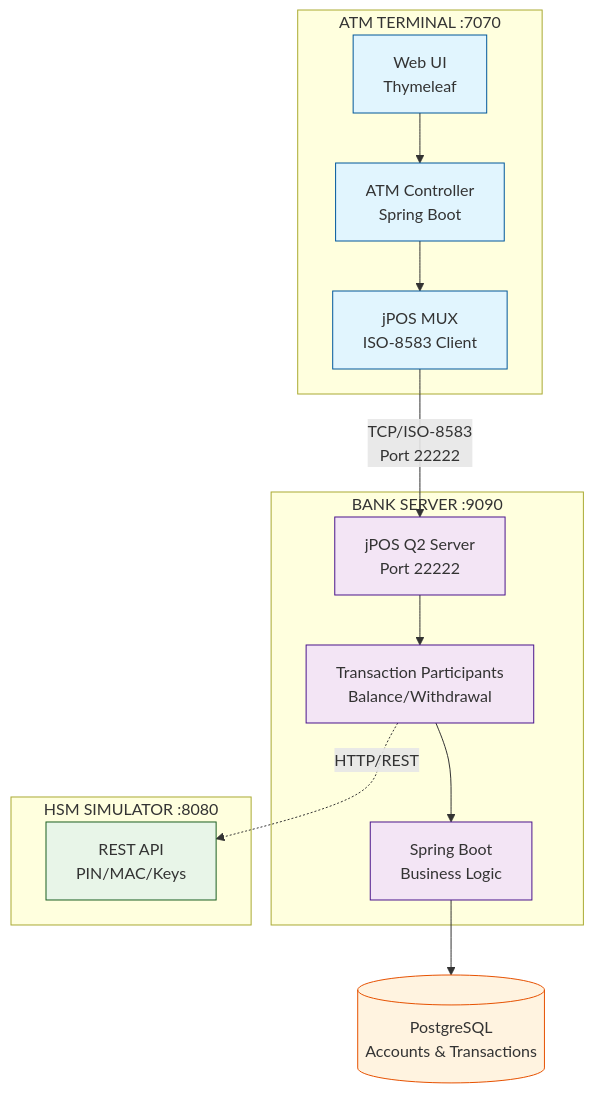
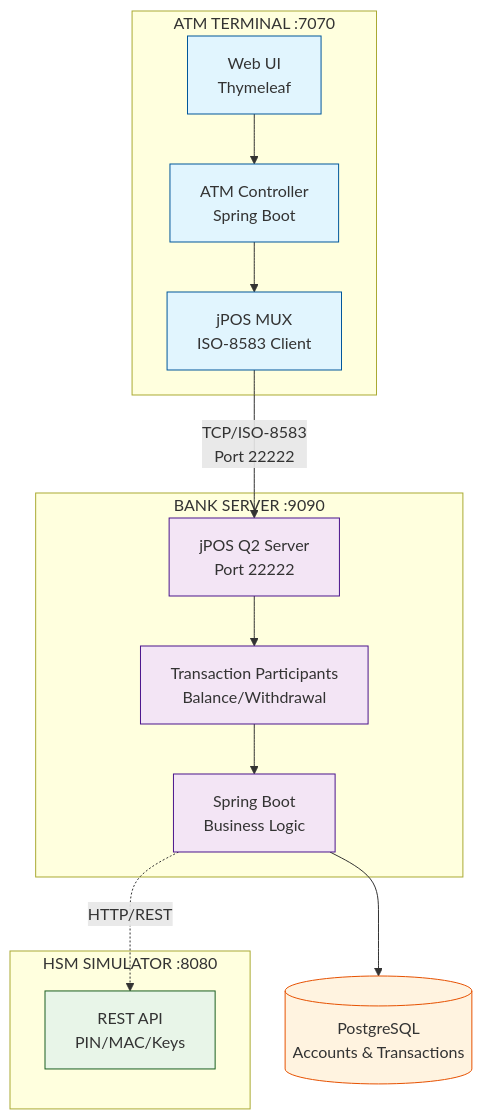
One commit to artivisi/training-spring-jpos-2025 changed the diagram in README.md. Above: the diagram before and after it, drawn with Mermaid.

Commit message:
connection to HSM should be from Spring, not jPOS

````diff
--- a/README.md
+++ b/README.md
@@ -68,38 +68,38 @@
 ```mermaid
 graph TB
     subgraph "ATM TERMINAL :7070"
         UI[Web UI<br/>Thymeleaf]
         AC[ATM Controller<br/>Spring Boot]
         AM[jPOS MUX<br/>ISO-8583 Client]
     end
 
     subgraph "BANK SERVER :9090"
         BS[jPOS Q2 Server<br/>Port 22222]
         BP[Transaction Participants<br/>Balance/Withdrawal]
         BD[Spring Boot<br/>Business Logic]
     end
 
     subgraph "HSM SIMULATOR :8080"
         H[REST API<br/>PIN/MAC/Keys]
     end
 
     DB[(PostgreSQL<br/>Accounts & Transactions)]
 
     UI --> AC
     AC --> AM
     AM -->|TCP/ISO-8583<br/>Port 22222| BS
     BS --> BP
     BP --> BD
     BD --> DB
-    BP -.->|HTTP/REST| H
+    BD -.->|HTTP/REST| H
 
     classDef atm fill:#e1f5fe,stroke:#01579b
     classDef bank fill:#f3e5f5,stroke:#4a148c
     classDef hsm fill:#e8f5e8,stroke:#1b5e20
     classDef db fill:#fff3e0,stroke:#e65100
 
     class UI,AC,AM atm
     class BS,BP,BD bank
     class H hsm
     class DB db
 ```
````
